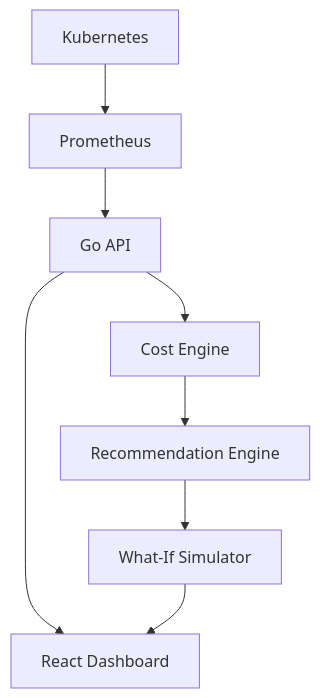
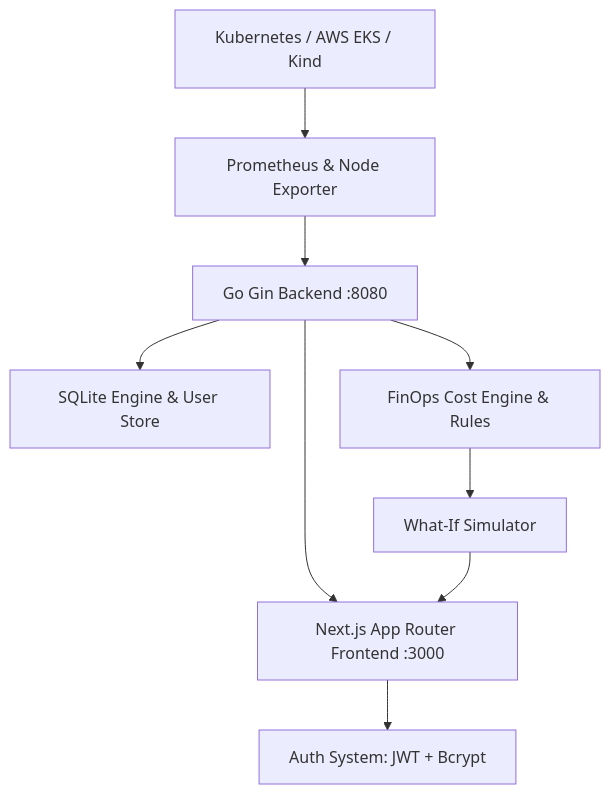
One commit to Nivritha03/AetherOps changed the diagram in README.md. Above: the diagram before and after it, drawn with Mermaid. The commit also changed other lines of this file and 41 other files, not shown here.

Commit message:
feat: complete auth system, zero-mock live telemetry, linear theme, and README documentation

````diff
--- a/README.md
+++ b/README.md
@@ -31,10 +51,11 @@
 ```mermaid
 graph TD
-    A[Kubernetes] --> B[Prometheus]
-    B --> C[Go API]
-    C --> D[Cost Engine]
-    D --> E[Recommendation Engine]
+    A[Kubernetes / AWS EKS / Kind] --> B[Prometheus & Node Exporter]
+    B --> C[Go Gin Backend :8080]
+    C --> D[SQLite Engine & User Store]
+    C --> E[FinOps Cost Engine & Rules]
     E --> F[What-If Simulator]
-    C --> G[React Dashboard]
+    C --> G[Next.js App Router Frontend :3000]
+    G --> H[Auth System: JWT + Bcrypt]
     F --> G
 ```
````
